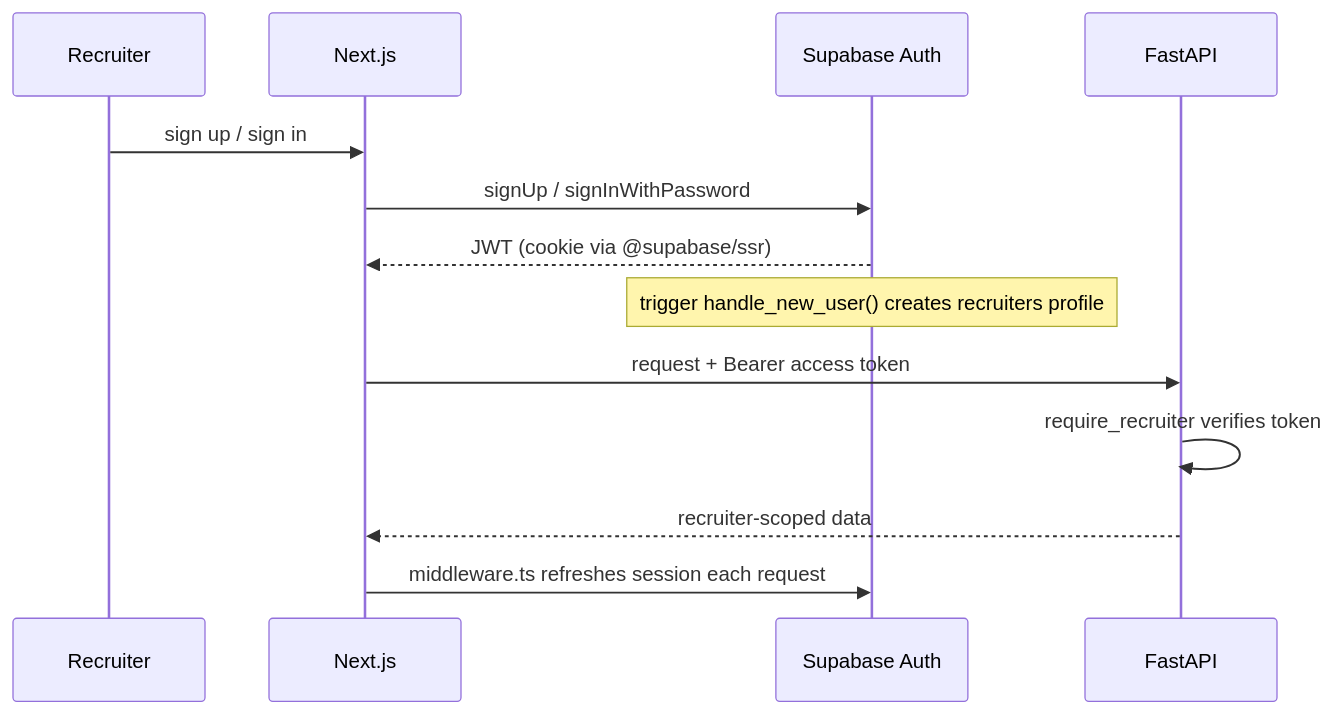
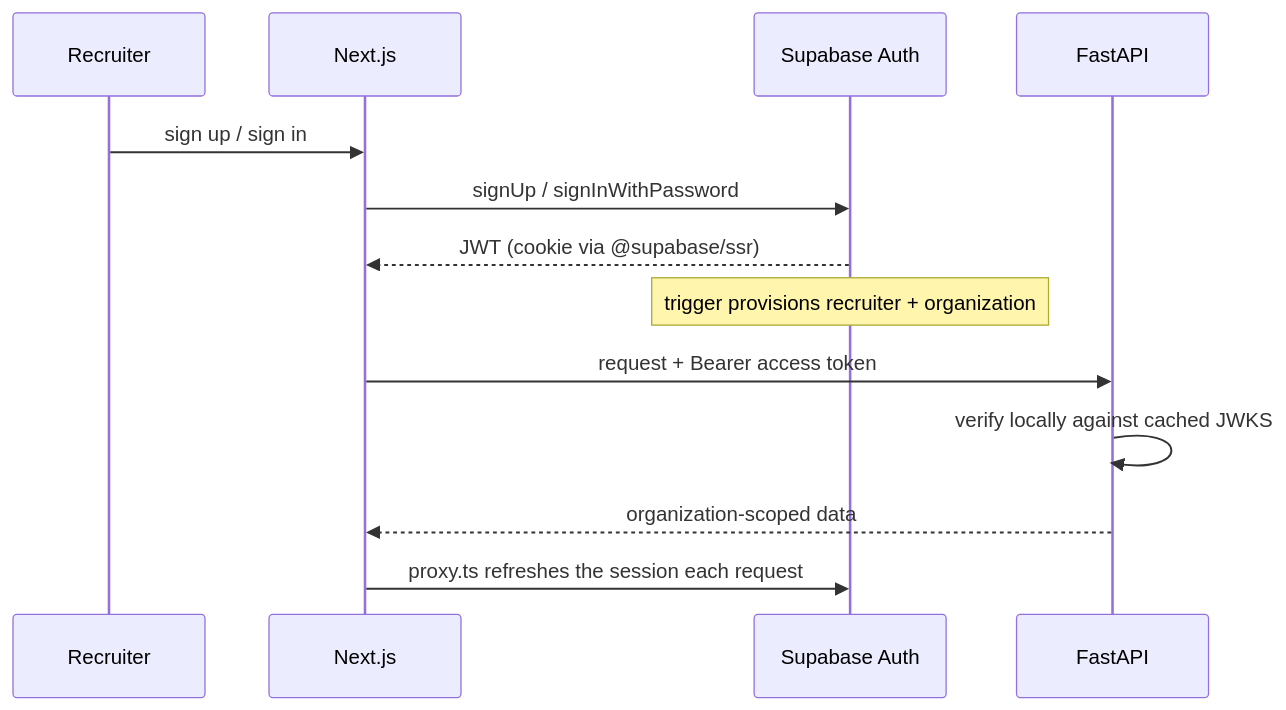
One commit to ShrijalGoswami/Resume-Parser changed the third of 4 diagrams in docs/ARCHITECTURE.md. Above: the diagram before and after it, drawn with Mermaid. The commit also changed other lines of this file and 103 other files, not shown here.

````diff
--- a/docs/ARCHITECTURE.md
+++ b/docs/ARCHITECTURE.md
@@ -136,16 +320,16 @@
 ```mermaid
 sequenceDiagram
     participant U as Recruiter
     participant FE as Next.js
     participant SB as Supabase Auth
     participant API as FastAPI
 
     U->>FE: sign up / sign in
     FE->>SB: signUp / signInWithPassword
     SB-->>FE: JWT (cookie via @supabase/ssr)
-    Note over SB: trigger handle_new_user() creates recruiters profile
+    Note over SB: trigger provisions recruiter + organization
     FE->>API: request + Bearer access token
-    API->>API: require_recruiter verifies token
-    API-->>FE: recruiter-scoped data
-    FE->>SB: middleware.ts refreshes session each request
+    API->>API: verify locally against cached JWKS
+    API-->>FE: organization-scoped data
+    FE->>SB: proxy.ts refreshes the session each request
 ```
````
